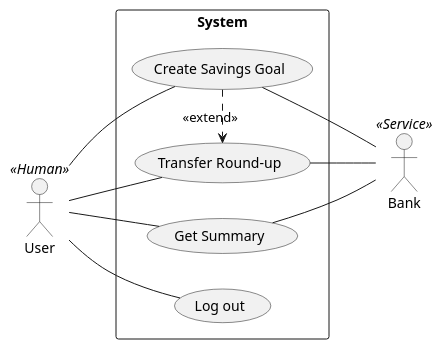
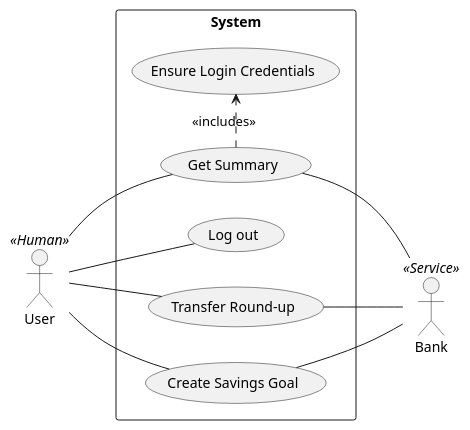
The diagram in diagrams/User Goal/Use Case Diagram.puml (hristo-stefanov/MiniBankingDemo), drawn with PlantUML before and after one commit. The commit also changed 30 other files, not shown here.

```diff
--- a/diagrams/User Goal/Use Case Diagram.puml
+++ b/diagrams/User Goal/Use Case Diagram.puml
@@ -1,26 +1,28 @@
 @startuml
 'https://plantuml.com/use-case-diagram
 
 ' Level: User Goals
 
 left to right direction
 actor User <<Human>>
 actor Bank <<Service>>
 
 rectangle System {
 usecase "Get Summary"
 usecase "Log out"
+usecase "Ensure Login Credentials"
 usecase "Transfer Round-up"
 usecase "Create Savings Goal"
 }
 
 User -- "Get Summary"
 User -- "Transfer Round-up"
 User -- "Create Savings Goal"
 User -- "Log out"
 
 "Get Summary" -- "Bank"
-"Create Savings Goal" .> "Transfer Round-up" : <<extend>>
+"Get Summary" .> "Ensure Login Credentials": <<includes>>
+'"Create Savings Goal" .> "Transfer Round-up" : <<extends>>
 "Transfer Round-up" -- "Bank"
 "Create Savings Goal" -- "Bank"
 @enduml
```
